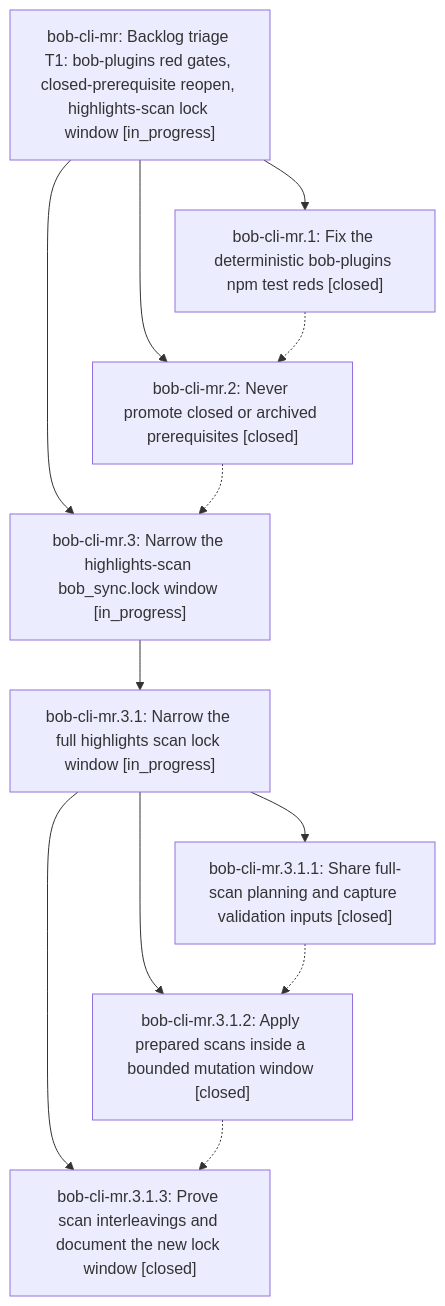
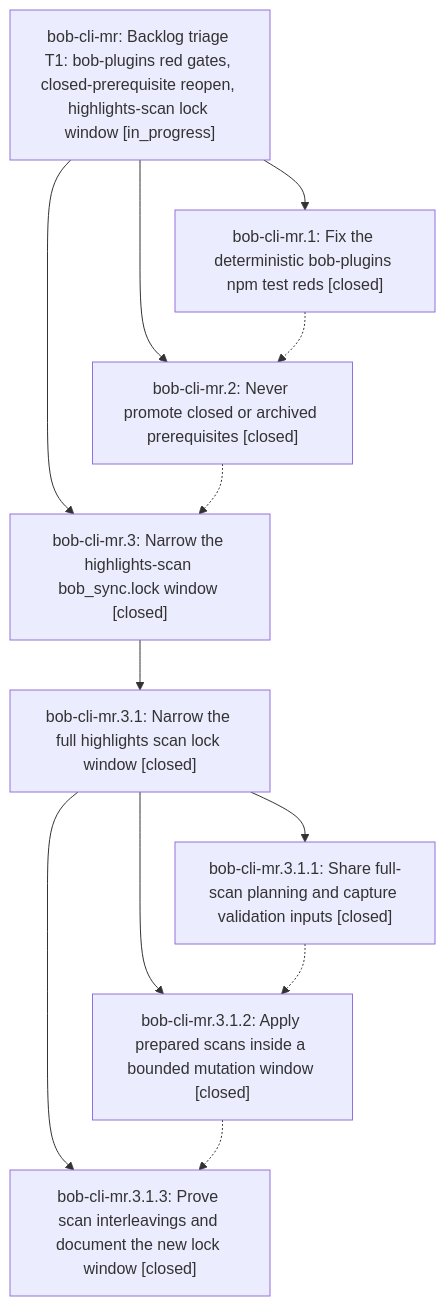
The diagram in pages/bob-cli-mr/README.md (bobs-org/bob-cli--beads), drawn with Mermaid before and after one commit. The commit also changed other lines of this file and 5 other files, not shown here.

First line of the commit message:
chore(beads): sync bead state and pages for bob-cli-mr

````diff
--- a/pages/bob-cli-mr/README.md
+++ b/pages/bob-cli-mr/README.md
@@ -36,22 +36,22 @@
 ```mermaid
 flowchart TD
     n0["bob-cli-mr: Backlog triage T1: bob-plugins red gates, closed-prerequisite reopen, highlights-scan lock window [in_progress]"]
     n1["bob-cli-mr.1: Fix the deterministic bob-plugins npm test reds [closed]"]
     n2["bob-cli-mr.2: Never promote closed or archived prerequisites [closed]"]
-    n3["bob-cli-mr.3: Narrow the highlights-scan bob_sync.lock window [in_progress]"]
-    n4["bob-cli-mr.3.1: Narrow the full highlights scan lock window [in_progress]"]
+    n3["bob-cli-mr.3: Narrow the highlights-scan bob_sync.lock window [closed]"]
+    n4["bob-cli-mr.3.1: Narrow the full highlights scan lock window [closed]"]
     n5["bob-cli-mr.3.1.1: Share full-scan planning and capture validation inputs [closed]"]
     n6["bob-cli-mr.3.1.2: Apply prepared scans inside a bounded mutation window [closed]"]
     n7["bob-cli-mr.3.1.3: Prove scan interleavings and document the new lock window [closed]"]
     n0 --> n1
     n0 --> n2
     n0 --> n3
     n3 --> n4
     n4 --> n5
     n4 --> n6
     n4 --> n7
     n1 -.-> n2
     n2 -.-> n3
     n5 -.-> n6
     n6 -.-> n7
 ```
````
